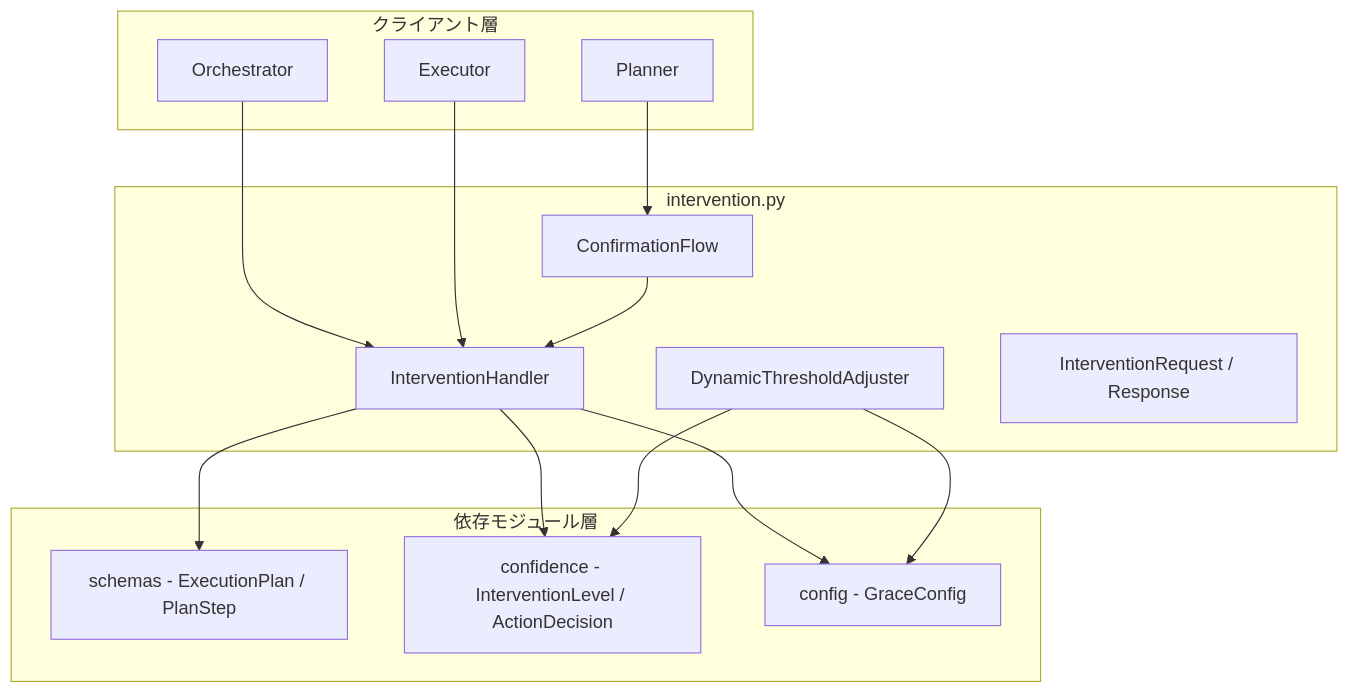
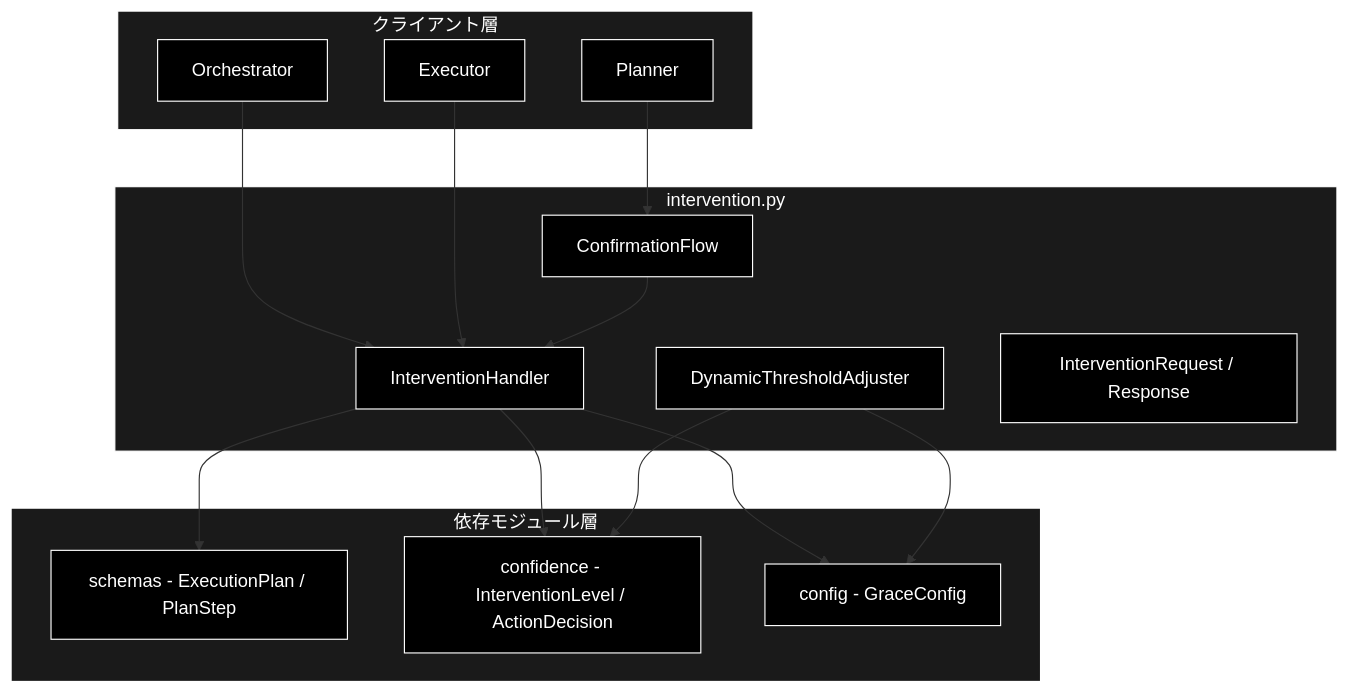
One commit to nakashima2toshio/anthropic_grace_agent_v2 changed the first of 3 diagrams in grace/doc/intervention.md. Above: the diagram before and after it, drawn with Mermaid. The commit also changed other lines of this file and 9 other files, not shown here.

````diff
--- a/grace/doc/intervention.md
+++ b/grace/doc/intervention.md
@@ -71,31 +80,37 @@
 ```mermaid
 flowchart TB
     subgraph CLIENT["クライアント層"]
-        ORCH[Orchestrator]
-        EXEC[Executor]
-        PLAN[Planner]
+        ORCH["Orchestrator"]
+        EXEC["Executor"]
+        PLAN["Planner"]
     end
 
     subgraph MODULE["intervention.py"]
-        HANDLER[InterventionHandler]
-        ADJUSTER[DynamicThresholdAdjuster]
-        FLOW[ConfirmationFlow]
-        REQ[InterventionRequest / Response]
+        HANDLER["InterventionHandler"]
+        ADJUSTER["DynamicThresholdAdjuster"]
+        FLOW["ConfirmationFlow"]
+        REQ["InterventionRequest / Response"]
     end
 
     subgraph EXTERNAL["依存モジュール層"]
-        SCHEMAS[schemas - ExecutionPlan / PlanStep]
-        CONF[confidence - InterventionLevel / ActionDecision]
-        CONFIG[config - GraceConfig]
+        SCHEMAS["schemas - ExecutionPlan / PlanStep"]
+        CONF["confidence - InterventionLevel / ActionDecision"]
+        CONFIG["config - GraceConfig"]
     end
 
     ORCH --> HANDLER
     EXEC --> HANDLER
     PLAN --> FLOW
     FLOW --> HANDLER
     HANDLER --> SCHEMAS
     HANDLER --> CONF
     HANDLER --> CONFIG
     ADJUSTER --> CONF
     ADJUSTER --> CONFIG
+classDef default fill:#000,stroke:#fff,color:#fff
+classDef subgraphStyle fill:#1a1a1a,stroke:#fff,color:#fff
+class ORCH,EXEC,PLAN,HANDLER,ADJUSTER,FLOW,REQ,SCHEMAS,CONF,CONFIG default
+style CLIENT fill:#1a1a1a,stroke:#fff,color:#fff
+style MODULE fill:#1a1a1a,stroke:#fff,color:#fff
+style EXTERNAL fill:#1a1a1a,stroke:#fff,color:#fff
 ```
````
